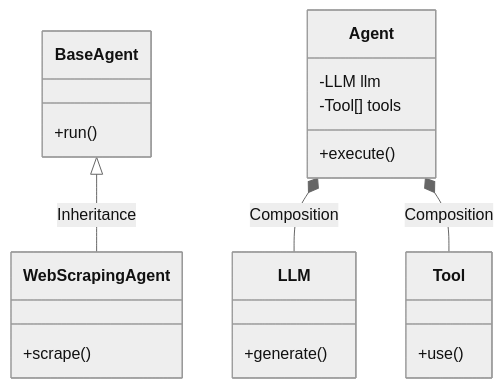
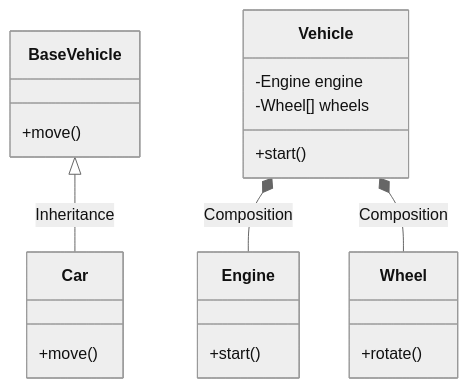
The first of 5 diagrams in From Zero To Hero/2. Programming Paradigms & Architecture/2.1 OOP.md (dagudelo88/From-Zero-to-hero-Software-engineer), drawn with Mermaid (neutral theme) before and after one commit. The commit also changed other lines of this file and 5 other files, not shown here.

````diff
--- a/From Zero To Hero/2. Programming Paradigms & Architecture/2.1 OOP.md
+++ b/From Zero To Hero/2. Programming Paradigms & Architecture/2.1 OOP.md
@@ -128,27 +125,27 @@
 ```mermaid
 classDiagram
     direction TB
     %% Inheritance Example
-    class BaseAgent {
-        +run()
+    class BaseVehicle {
+        +move()
     }
-    class WebScrapingAgent {
-        +scrape()
+    class Car {
+        +move()
     }
-    BaseAgent <|-- WebScrapingAgent : Inheritance
+    BaseVehicle <|-- Car : Inheritance
 
     %% Composition Example
-    class Agent {
-        -LLM llm
-        -Tool[] tools
-        +execute()
+    class Vehicle {
+        -Engine engine
+        -Wheel[] wheels
+        +start()
     }
-    class LLM {
-        +generate()
+    class Engine {
+        +start()
     }
-    class Tool {
-        +use()
+    class Wheel {
+        +rotate()
     }
-    Agent *-- LLM : Composition
-    Agent *-- Tool : Composition
+    Vehicle *-- Engine : Composition
+    Vehicle *-- Wheel : Composition
 ```
````
